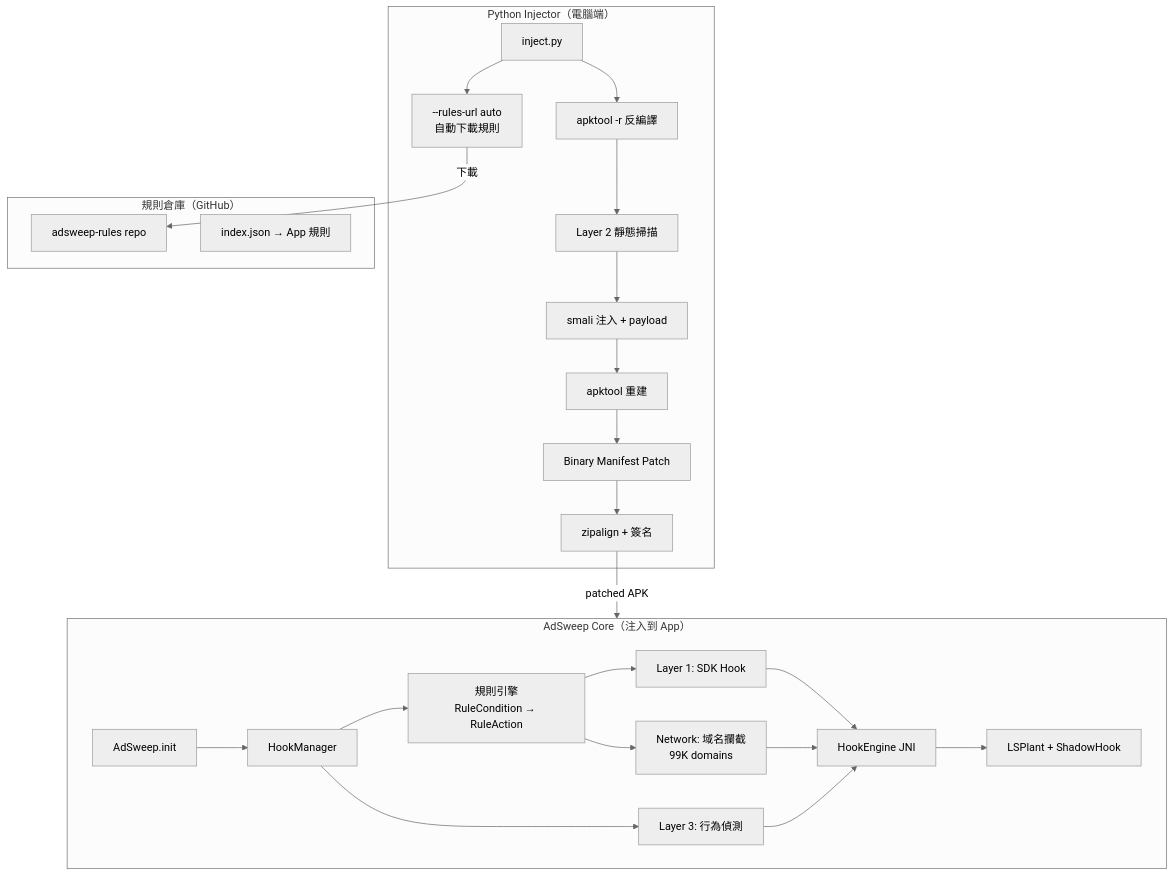
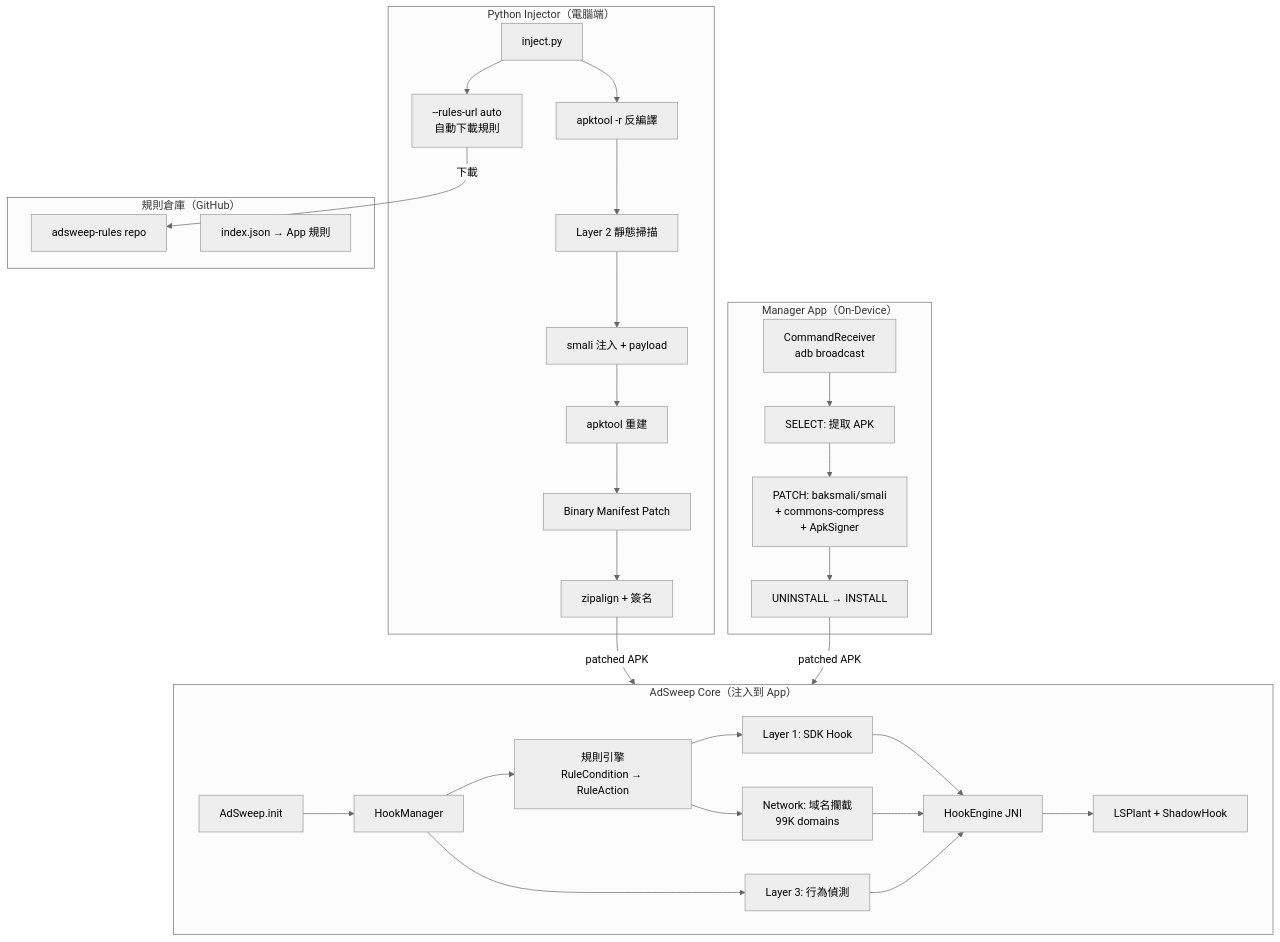
Before and after one commit to tzyyung/AdSweep: the second of 3 diagrams in README.md, drawn with Mermaid (neutral theme). The commit also changed other lines of this file and 14 other files, not shown here.

First line of the commit message:
Fix on-device patching: baksmali/smali + STORED compression + streaming

````diff
--- a/README.md
+++ b/README.md
@@ -58,32 +72,39 @@
 ```mermaid
 graph TB
     subgraph Injector["Python Injector（電腦端）"]
         A[inject.py] --> A1["--rules-url auto<br>自動下載規則"]
         A --> B[apktool -r 反編譯]
         B --> C[Layer 2 靜態掃描]
         C --> D[smali 注入 + payload]
         D --> E[apktool 重建]
         E --> F[Binary Manifest Patch]
         F --> G[zipalign + 簽名]
+    end
+
+    subgraph ManagerApp["Manager App（On-Device）"]
+        MA1["CommandReceiver<br>adb broadcast"] --> MA2["SELECT: 提取 APK"]
+        MA2 --> MA3["PATCH: baksmali/smali<br>+ commons-compress<br>+ ApkSigner"]
+        MA3 --> MA4["UNINSTALL → INSTALL"]
     end
 
     subgraph Core["AdSweep Core（注入到 App）"]
         H[AdSweep.init] --> I[HookManager]
         I --> I1["規則引擎<br>RuleCondition → RuleAction"]
         I1 --> J[Layer 1: SDK Hook]
         I1 --> J2["Network: 域名攔截<br>99K domains"]
         I --> K[Layer 3: 行為偵測]
         J --> L[HookEngine JNI]
         J2 --> L
         K --> L
         L --> M[LSPlant + ShadowHook]
     end
 
     subgraph Rules["規則倉庫（GitHub）"]
         R1[adsweep-rules repo]
         R2[index.json → App 規則]
     end
 
     A1 -->|下載| R1
     G -->|patched APK| Core
+    MA4 -->|patched APK| Core
 ```
````
